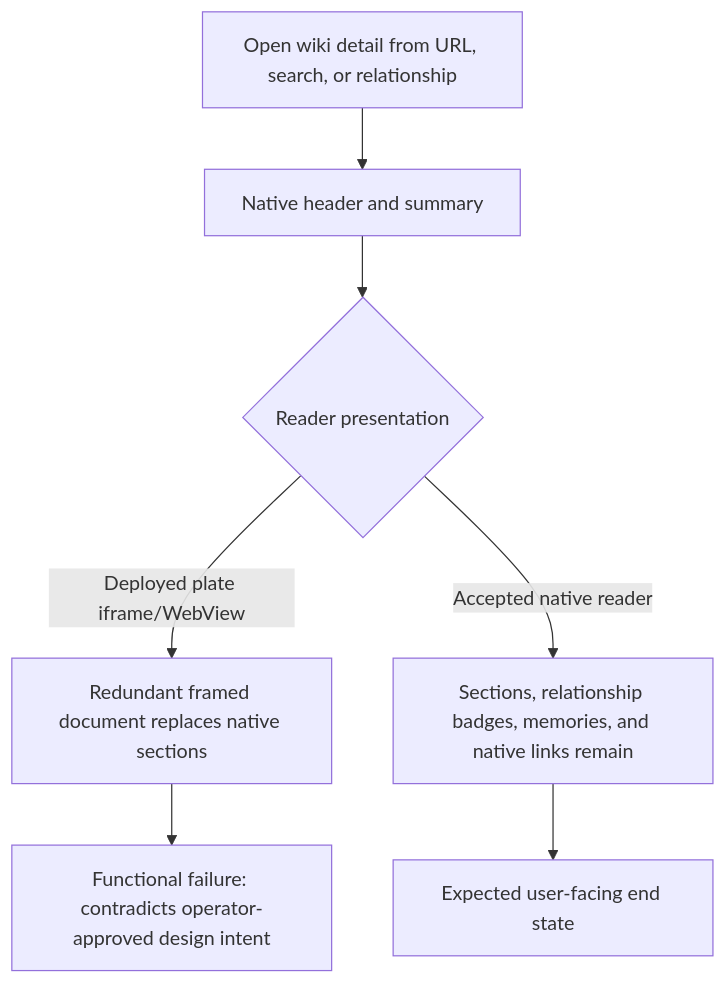
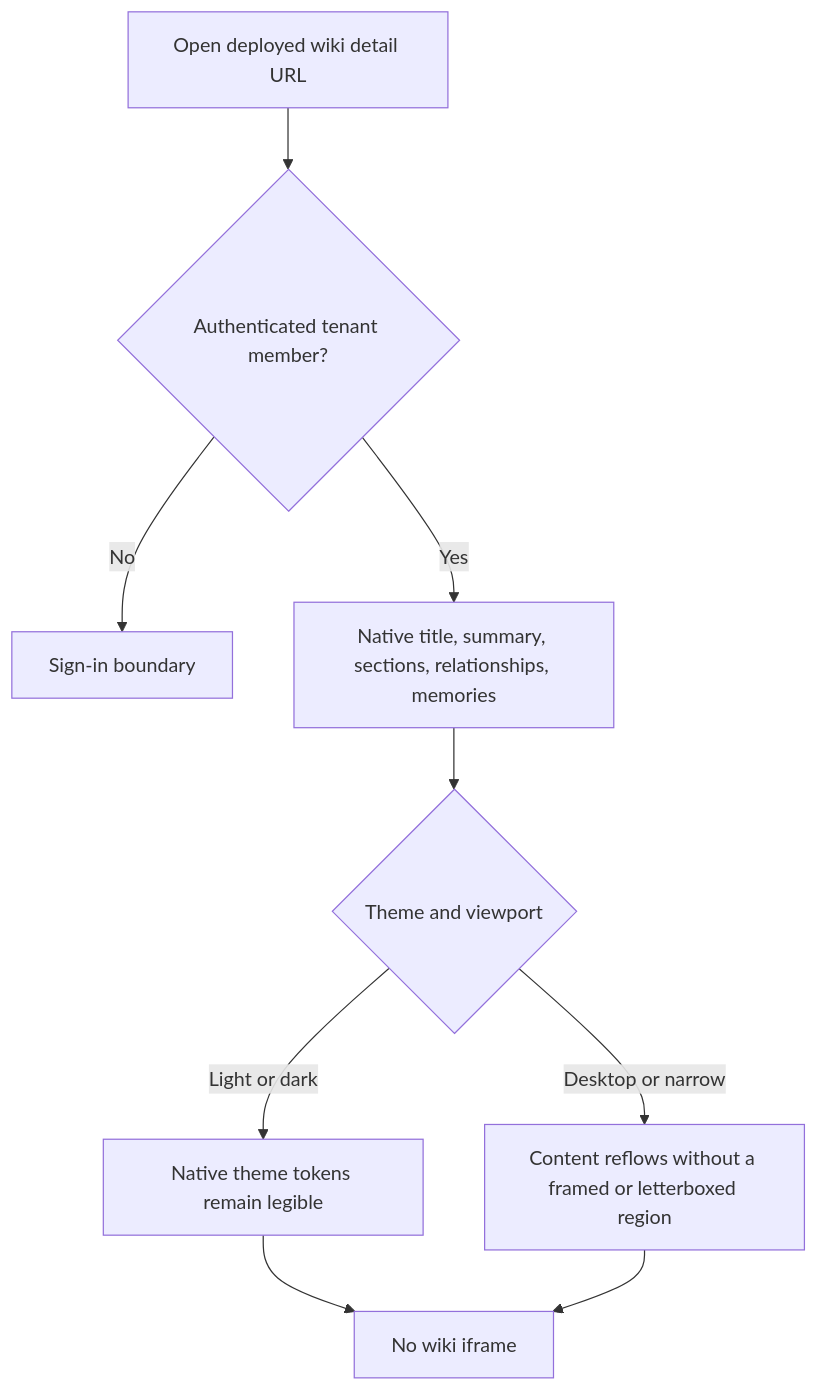
Before and after one commit to thinkwork-ai/thinkwork: the first of 5 diagrams in docs/dogfood-reports/2026-07-13-THINK-270-dogfood.md, drawn with Mermaid. The commit also changed other lines of this file and 5 other files, not shown here.

````diff
--- a/docs/dogfood-reports/2026-07-13-THINK-270-dogfood.md
+++ b/docs/dogfood-reports/2026-07-13-THINK-270-dogfood.md
@@ -23,9 +22,11 @@
 ```mermaid
 flowchart TD
-    A[Open wiki detail from URL, search, or relationship] --> B[Native header and summary]
-    B --> C{Reader presentation}
-    C -->|Deployed plate iframe/WebView| D[Redundant framed document replaces native sections]
-    C -->|Accepted native reader| E[Sections, relationship badges, memories, and native links remain]
-    D --> F[Functional failure: contradicts operator-approved design intent]
-    E --> G[Expected user-facing end state]
+    A[Open deployed wiki detail URL] --> B{Authenticated tenant member?}
+    B -->|No| C[Sign-in boundary]
+    B -->|Yes| D[Native title, summary, sections, relationships, memories]
+    D --> E{Theme and viewport}
+    E -->|Light or dark| F[Native theme tokens remain legible]
+    E -->|Desktop or narrow| G[Content reflows without a framed or letterboxed region]
+    F --> H[No wiki iframe]
+    G --> H
 ```
````
